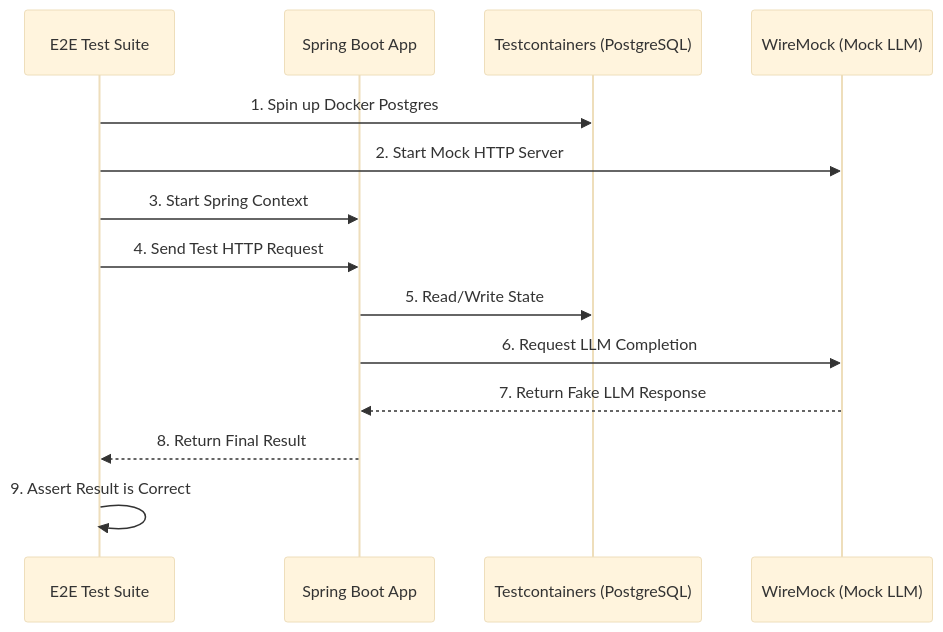
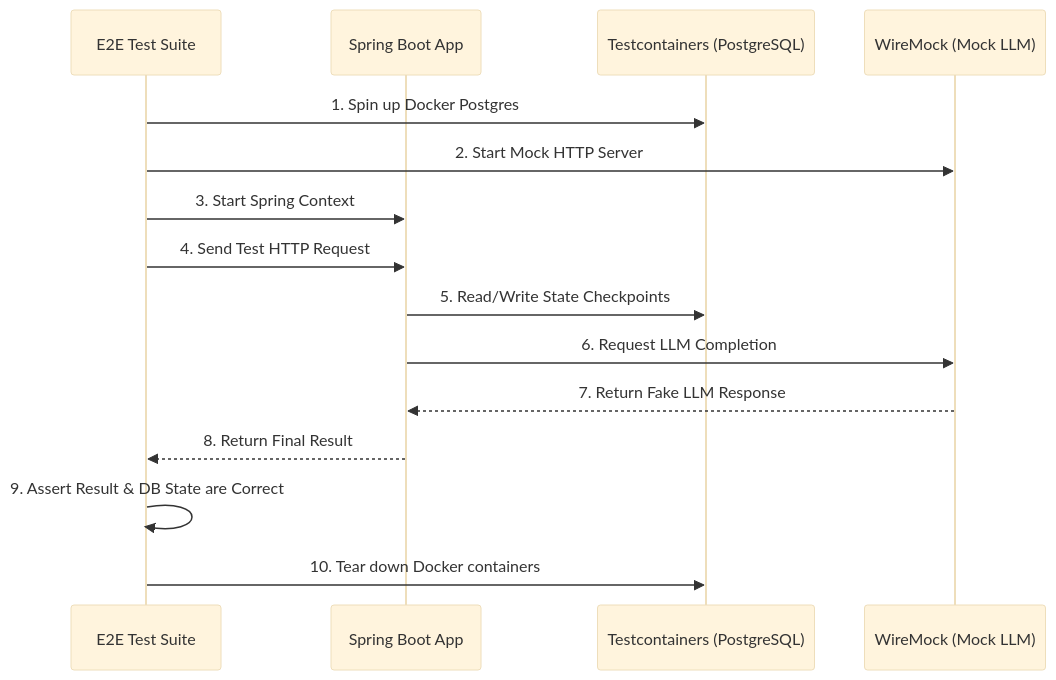
The diagram in tracegraph-e2e/README.md (kimhongzhang323/TraceGraph), drawn with Mermaid (base theme) before and after one commit. The commit also changed other lines of this file and 19 other files, not shown here.

````diff
--- a/tracegraph-e2e/README.md
+++ b/tracegraph-e2e/README.md
@@ -15,17 +18,18 @@
 ```mermaid
 sequenceDiagram
     participant JUnit as E2E Test Suite
     participant App as Spring Boot App
     participant DB as Testcontainers (PostgreSQL)
     participant Mock as WireMock (Mock LLM)
 
     JUnit->>DB: 1. Spin up Docker Postgres
     JUnit->>Mock: 2. Start Mock HTTP Server
     JUnit->>App: 3. Start Spring Context
     JUnit->>App: 4. Send Test HTTP Request
-    App->>DB: 5. Read/Write State
+    App->>DB: 5. Read/Write State Checkpoints
     App->>Mock: 6. Request LLM Completion
     Mock-->>App: 7. Return Fake LLM Response
     App-->>JUnit: 8. Return Final Result
-    JUnit->>JUnit: 9. Assert Result is Correct
+    JUnit->>JUnit: 9. Assert Result & DB State are Correct
+    JUnit->>DB: 10. Tear down Docker containers
 ```
````
